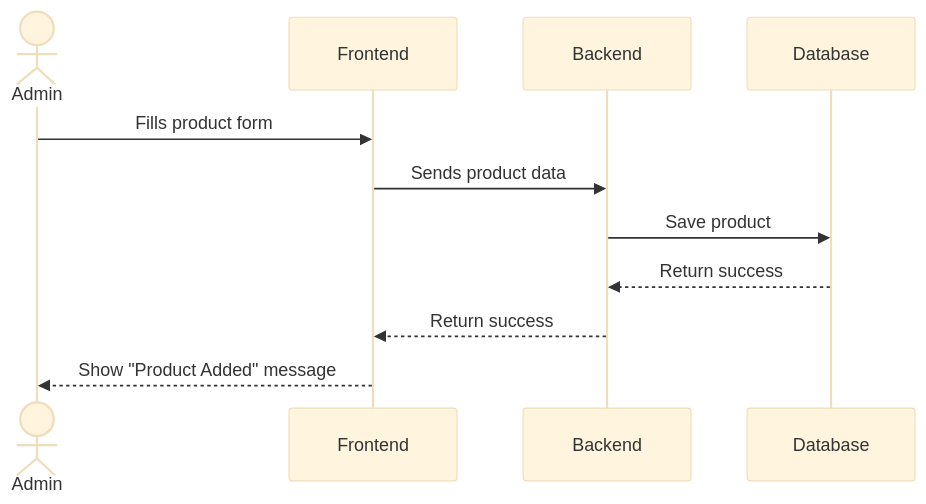
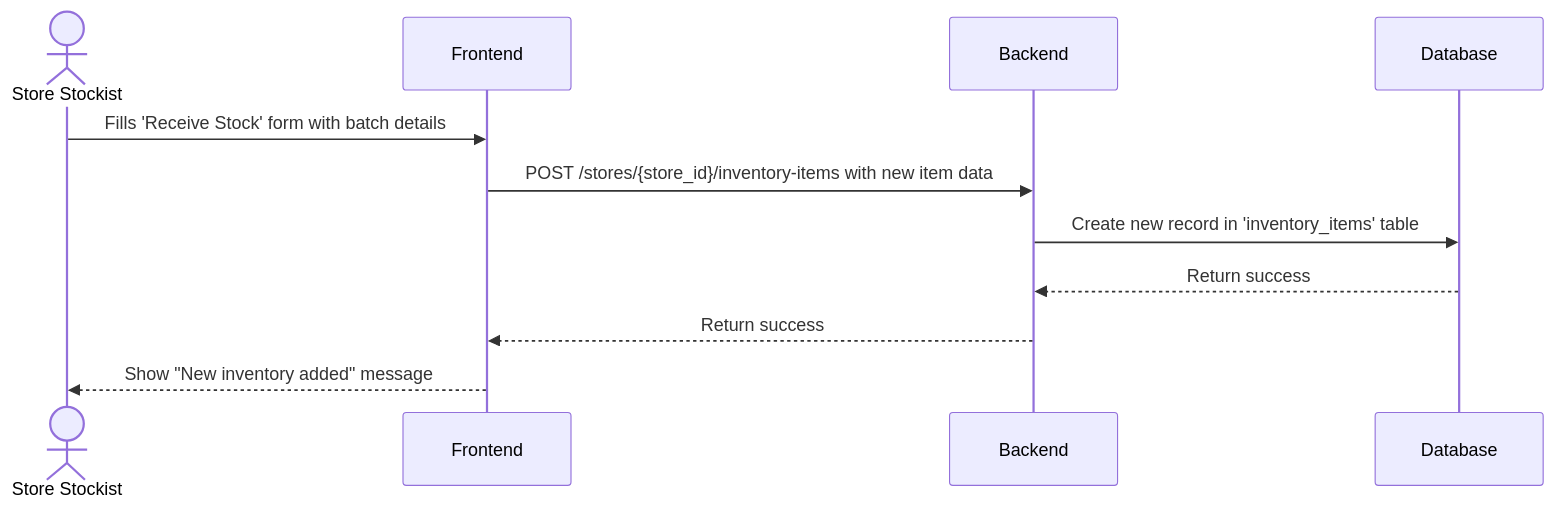
Before and after one commit to rohitagarwal-gkmit/retailpulse-docs: the third of 6 diagrams in docs/technical/data_flow.md, drawn with Mermaid. The commit also changed other lines of this file and 8 other files, not shown here.

Commit message:
[refactor]: update future enhancements, index overview, API design, authentication flow, data flow diagrams, schema design, and use cases to detail for multi-store management and inventory tracking.

````diff
--- a/docs/technical/data_flow.md
+++ b/docs/technical/data_flow.md
@@ -56,15 +64,14 @@
 ```mermaid
-%%{init: {'theme':'base', 'themeVariables': { 'fontSize':'18px', 'fontFamily':'Arial'}}}%%
 sequenceDiagram
-    actor Admin
+    actor Store Stockist
     participant UI as Frontend
     participant API as Backend
     participant DB as Database
 
-    Admin->>UI: Fills product form
-    UI->>API: Sends product data
-    API->>DB: Save product
+    Store Stockist->>UI: Fills 'Receive Stock' form with batch details
+    UI->>API: POST /stores/{store_id}/inventory-items with new item data
+    API->>DB: Create new record in 'inventory_items' table
     DB-->>API: Return success
     API-->>UI: Return success
-    UI-->>Admin: Show "Product Added" message
+    UI-->>Store Stockist: Show "New inventory added" message
 ```
````
